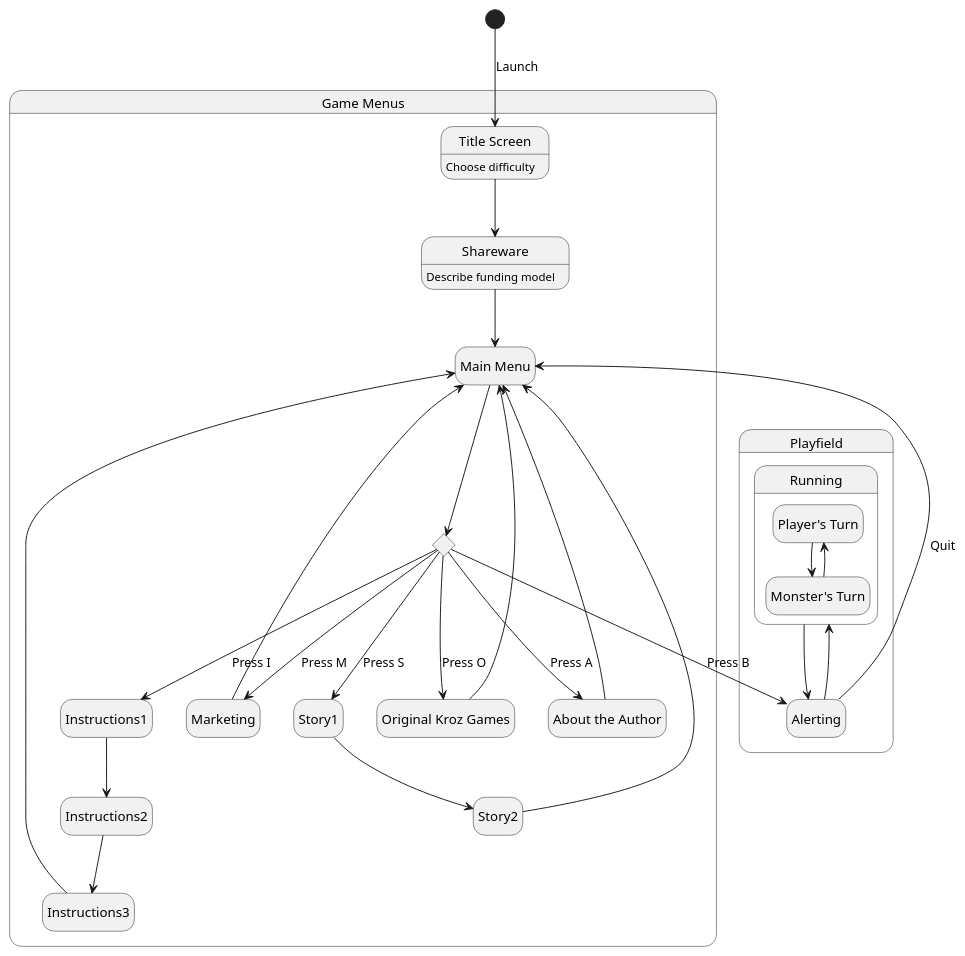
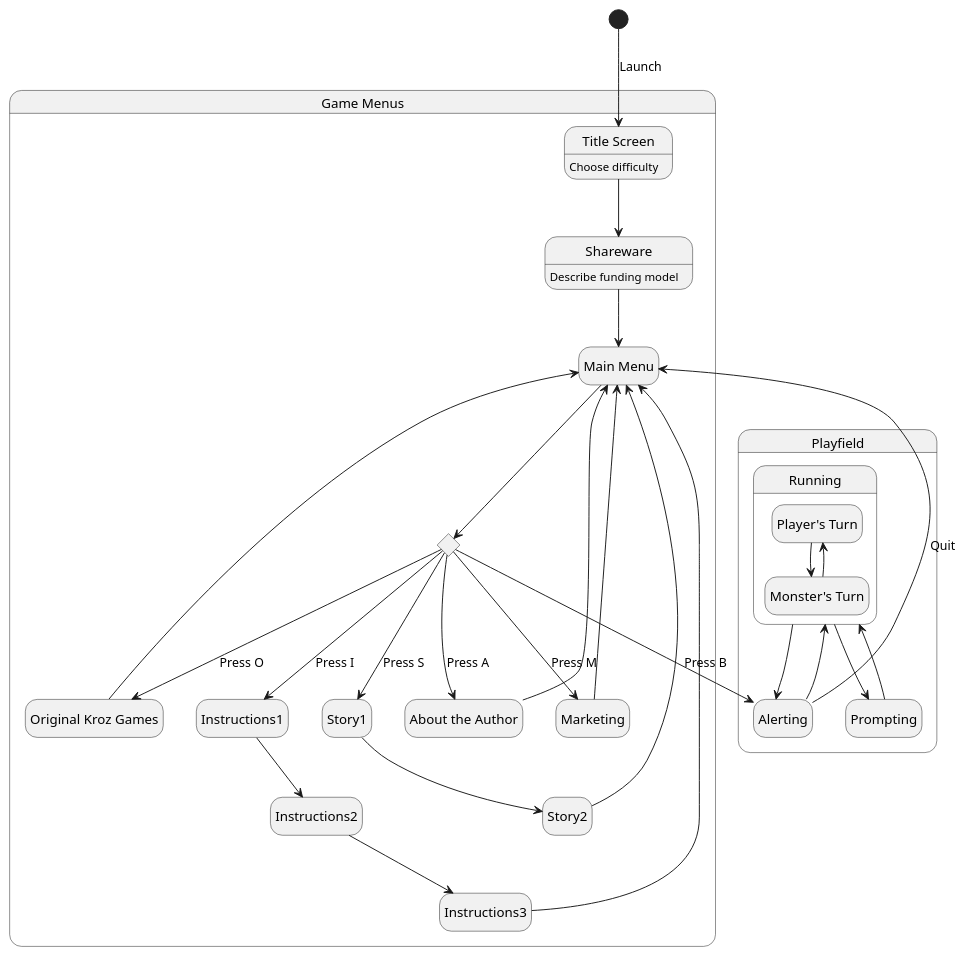
The diagram in docs/game-states.puml (dan-ot/pykroz), drawn with PlantUML before and after one commit. The commit also changed 1 other file, not shown here.

```diff
--- a/docs/game-states.puml
+++ b/docs/game-states.puml
@@ -1,53 +1,56 @@
 @startuml Game States
 hide empty description
 
 state "Game Menus" as GameMenu {
     state "Title Screen" as Title: Choose difficulty
     state Shareware: Describe funding model
     state "Main Menu" as Menu
     state MenuChoice <<choice>>
     state Instructions1
     state Instructions2
     state Instructions3
     state Marketing
     state Story1
     state Story2
     state "Original Kroz Games" as Original
     state "About the Author" as About
 }
 
 state "Playfield" as Play {
     state Running {
         state "Player's Turn" as Player
         state "Monster's Turn" as Monster
 
         Player --> Monster
         Monster --> Player
     }
     state Alerting
+    state Prompting
 
     Alerting --> Running
+    Prompting --> Running
+    Running --> Prompting
     Running --> Alerting
 }
 
 [*] --> Title : Launch
 Title --> Shareware
 Shareware --> Menu
 Menu --> MenuChoice
 MenuChoice --> Instructions1: Press I
 Instructions1 --> Instructions2
 Instructions2 --> Instructions3
 Instructions3 --> Menu
 MenuChoice --> Marketing: Press M
 Marketing --> Menu
 MenuChoice --> Story1: Press S
 Story1 --> Story2
 Story2 --> Menu
 MenuChoice --> Original: Press O
 Original --> Menu
 MenuChoice --> About: Press A
 About --> Menu
 
 MenuChoice --> Alerting: Press B
 Alerting --> Menu: Quit
 @enduml
```
